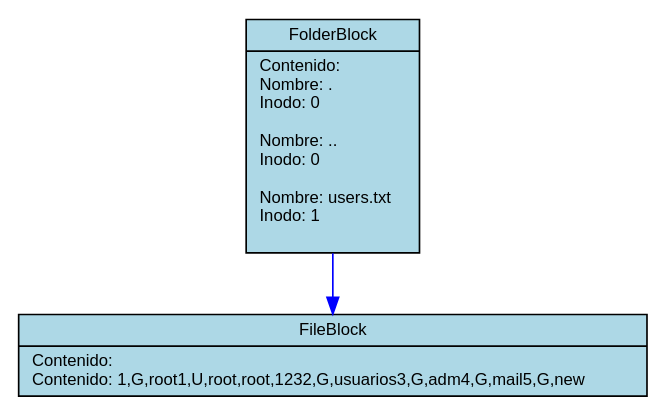
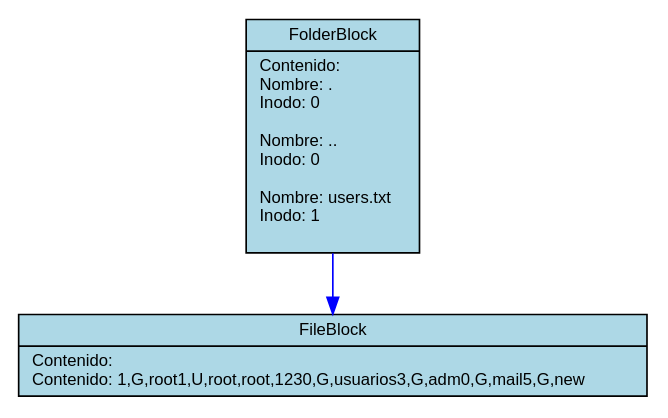
Before and after one commit to Josue013/MIA_2S_P1_202202481: the diagram in output/reporteBLOCK.dot, drawn with Graphviz. The commit also changed 15 other files, not shown here.

```diff
--- a/output/reporteBLOCK.dot
+++ b/output/reporteBLOCK.dot
@@ -1,13 +1,13 @@
 digraph G {
 	rankdir=TB; // Dibujar el gráfico de arriba hacia abajo
 	node [shape=record, style=filled, fillcolor=lightblue, fontname="Helvetica", fontsize=10]; // Cambiar el estilo del nodo
 	edge [color=blue]; // Cambiar el color de las conexiones
 block0 [label="{FolderBlock|Contenido: \lNombre: .\lInodo: 0\l\lNombre: ..\lInodo: 0\l\lNombre: users.txt\lInodo: 1\l\l}"];
 block1 [label="{FileBlock|Contenido: \lContenido: 1,G,root
 1,U,root,root,123
-2,G,usuarios
+0,G,usuarios
 3,G,adm
-4,G,mail
+0,G,mail
 5,G,new\l}"];
 block0 -> block1;
 }
```
